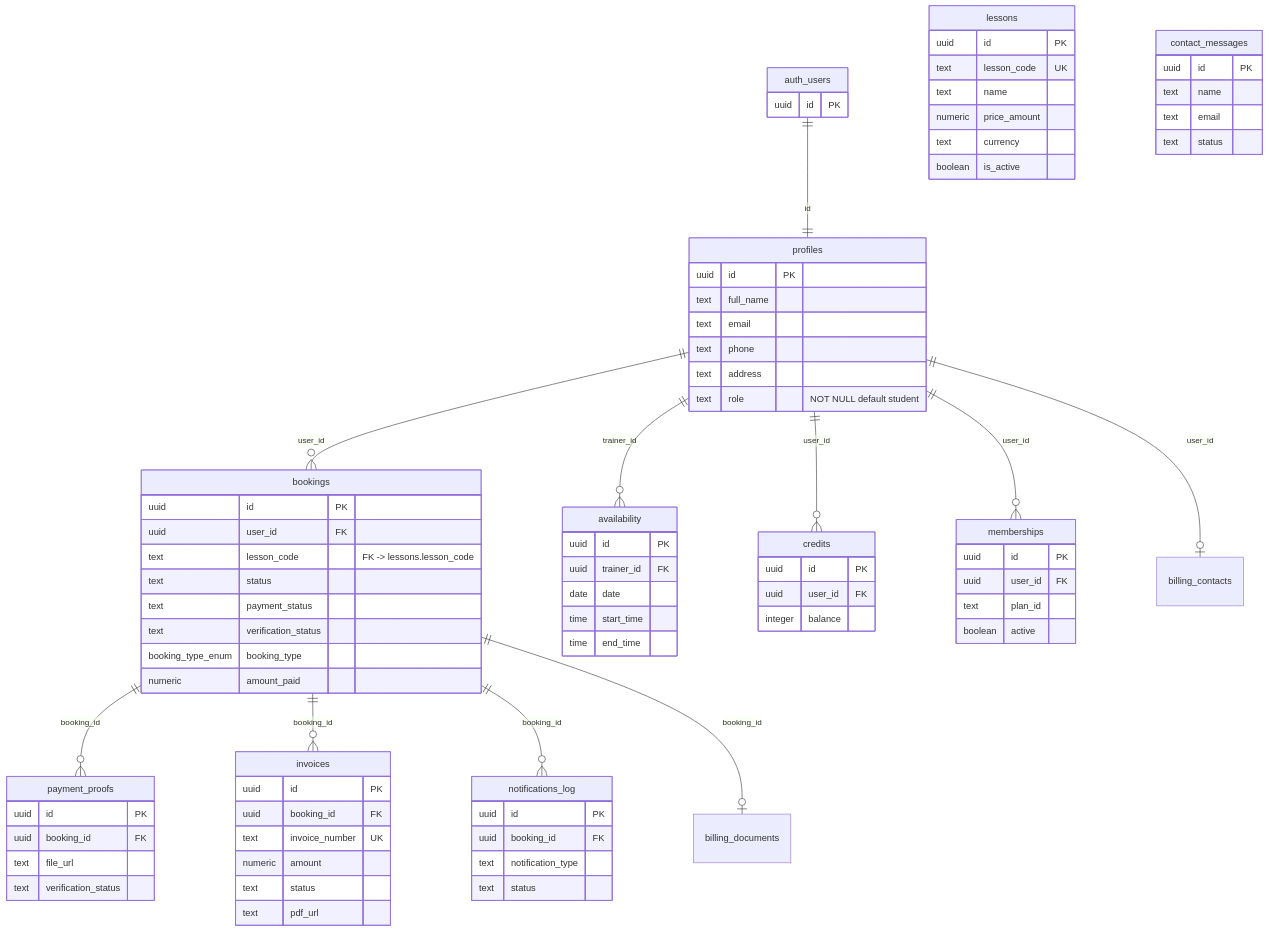
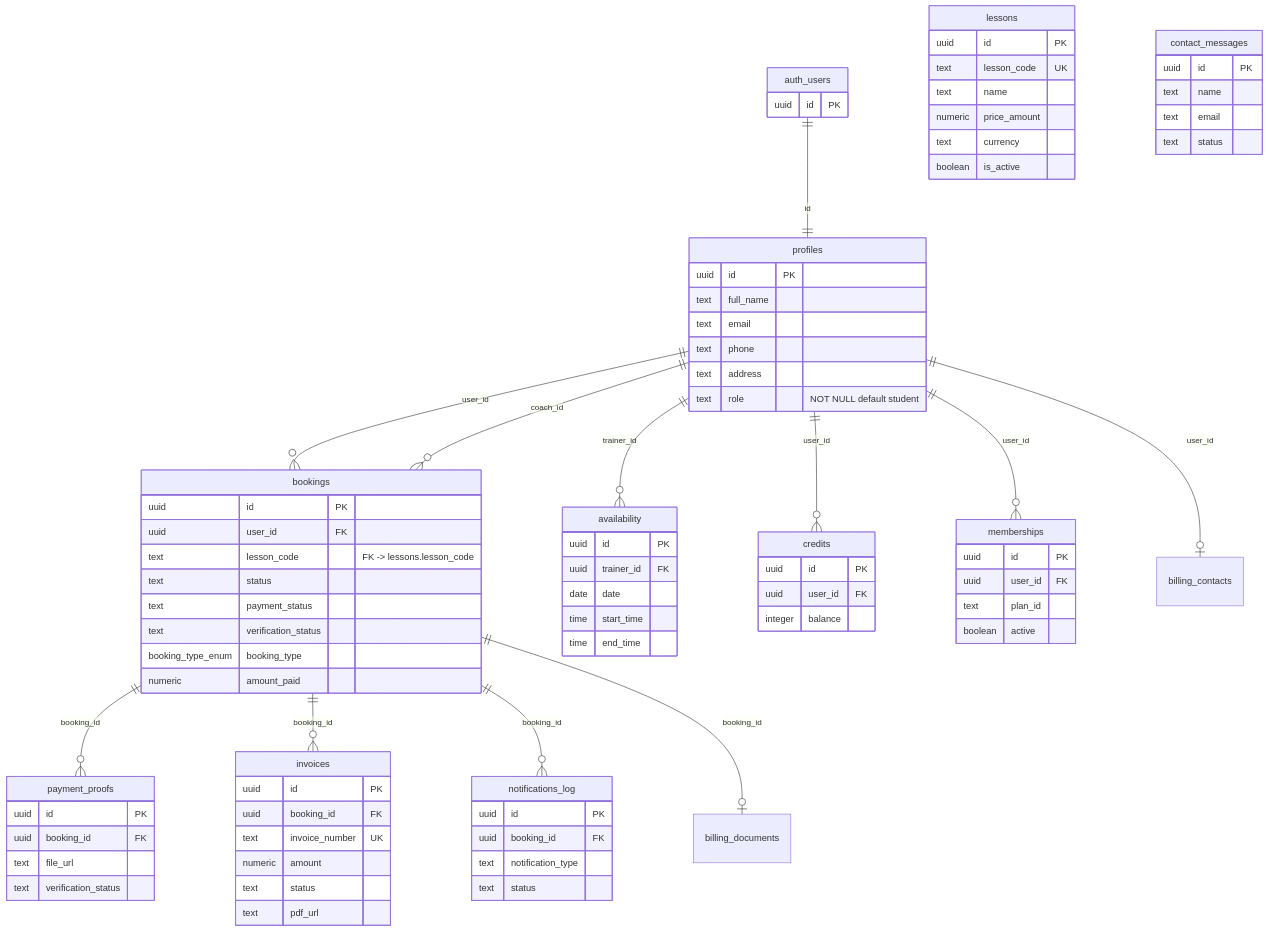
One commit to AGCPadelAcademy/web_application changed the diagram in specs/baseline-system/supabase-backend.md. Above: the diagram before and after it, drawn with Mermaid. The commit also changed other lines of this file and 30 other files, not shown here.

```diff
--- a/specs/baseline-system/supabase-backend.md
+++ b/specs/baseline-system/supabase-backend.md
@@ -346,6 +350,7 @@
 
     auth_users ||--|| profiles : "id"
     profiles ||--o{ bookings : "user_id"
+    profiles ||--o{ bookings : "coach_id"
     profiles ||--o{ availability : "trainer_id"
     profiles ||--o{ credits : "user_id"
     profiles ||--o{ memberships : "user_id"
```
